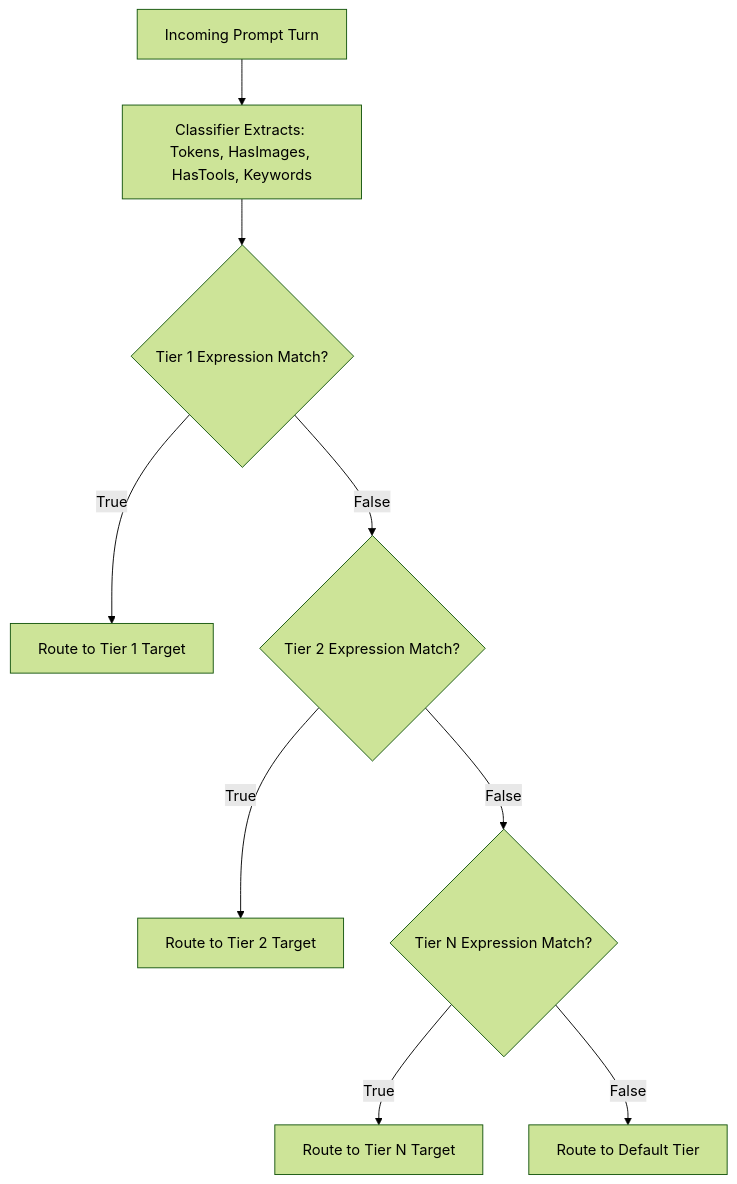
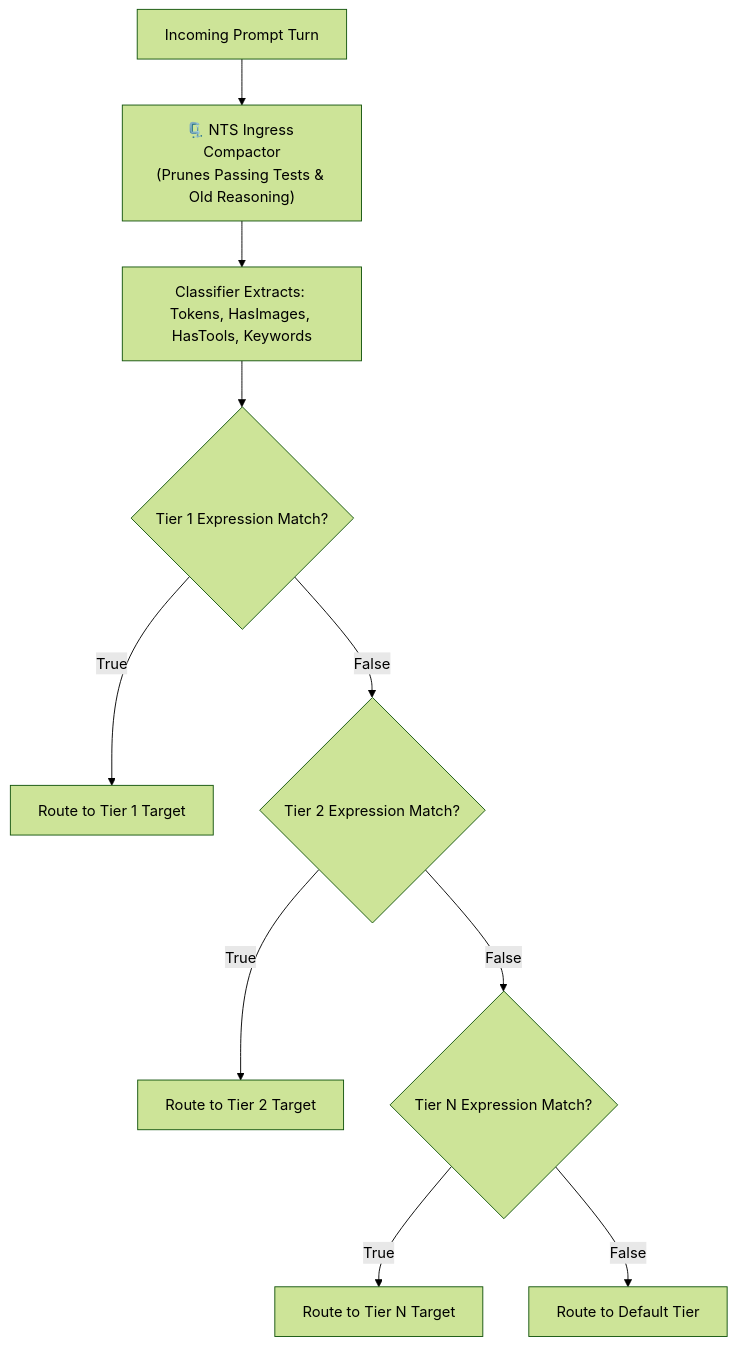
The first of 2 diagrams in site/docs/TUNING_GUIDE.md (dixieflatline76/nacho-flow), drawn with Mermaid (forest theme) before and after one commit. The commit also changed other lines of this file and 11 other files, not shown here.

````diff
--- a/site/docs/TUNING_GUIDE.md
+++ b/site/docs/TUNING_GUIDE.md
@@ -32,11 +32,12 @@
 ```mermaid
 flowchart TD
-    Req["Incoming Prompt Turn"] --> Context["Classifier Extracts: Tokens, HasImages, HasTools, Keywords"]
+    Req["Incoming Prompt Turn"] --> NTS["🗜️ NTS Ingress Compactor<br/>(Prunes Passing Tests &amp; Old Reasoning)"]
+    NTS --> Context["Classifier Extracts: Tokens, HasImages, HasTools, Keywords"]
     Context --> Tier1{"Tier 1 Expression Match?"}
     Tier1 -->|True| Route1["Route to Tier 1 Target"]
     Tier1 -->|False| Tier2{"Tier 2 Expression Match?"}
     Tier2 -->|True| Route2["Route to Tier 2 Target"]
     Tier2 -->|False| TierN{"Tier N Expression Match?"}
     TierN -->|True| RouteN["Route to Tier N Target"]
     TierN -->|False| Default["Route to Default Tier"]
 ```
````
